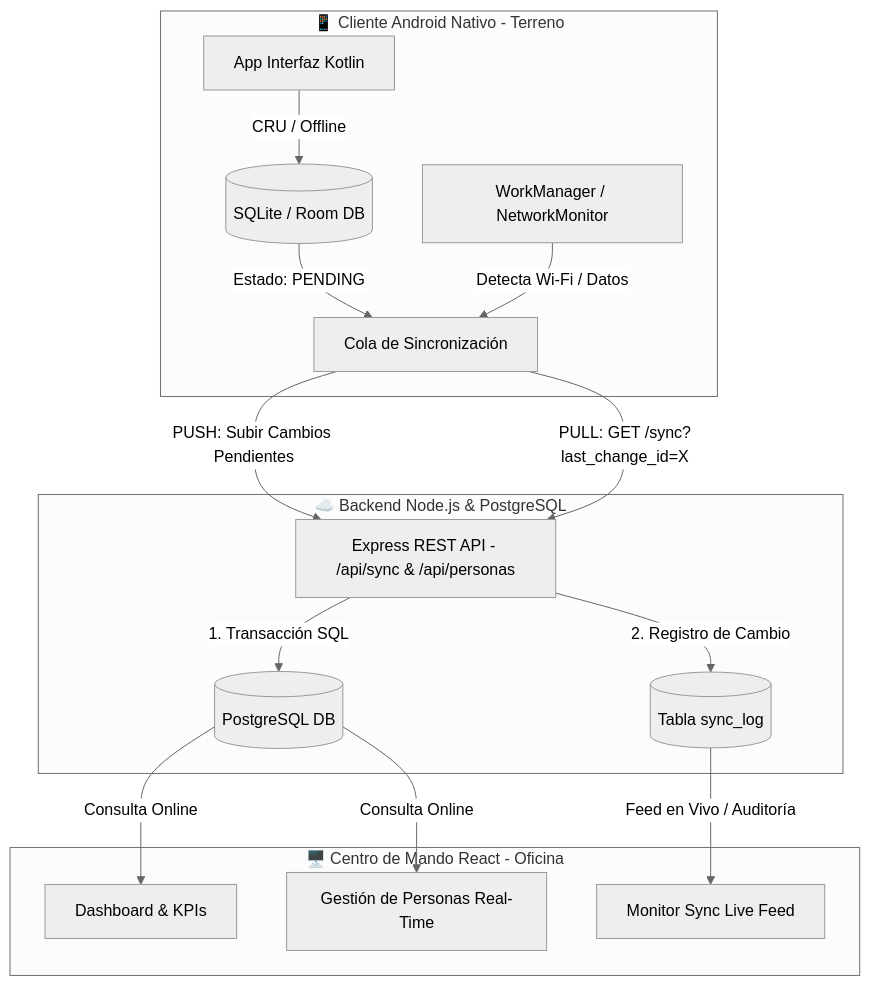
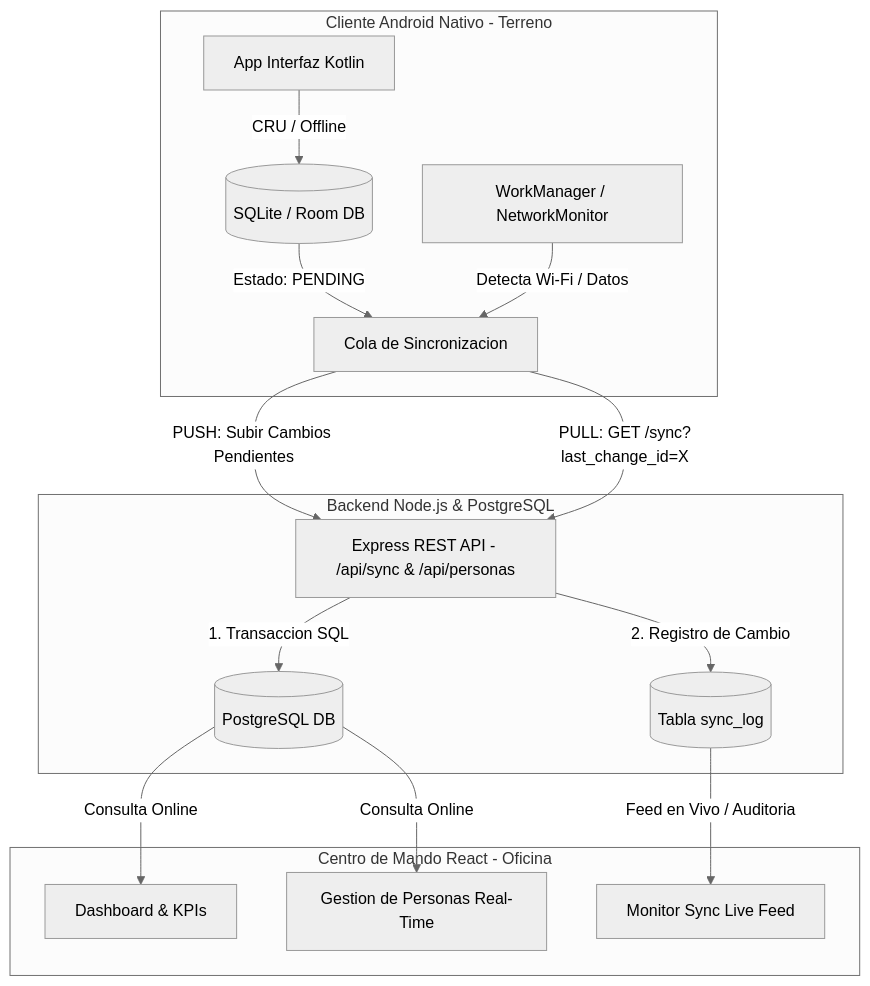
One commit to Aryannext/Sincronizaci-n-Web---app-Nativa changed the diagram in README.md. Above: the diagram before and after it, drawn with Mermaid (neutral theme). The commit also changed other lines of this file and 4 other files, not shown here.

````diff
--- a/README.md
+++ b/README.md
@@ -19,28 +19,28 @@
 ```mermaid
 graph TD
-    subgraph Móvil [📱 Cliente Android Nativo - Terreno]
+    subgraph Movil [Cliente Android Nativo - Terreno]
         UI[App Interfaz Kotlin] -->|CRU / Offline| ROOM[(SQLite / Room DB)]
-        ROOM -->|Estado: PENDING| COLA[Cola de Sincronización]
+        ROOM -->|Estado: PENDING| COLA[Cola de Sincronizacion]
         WORKER[WorkManager / NetworkMonitor]
     end
 
-    subgraph Servidor [☁️ Backend Node.js & PostgreSQL]
+    subgraph Servidor [Backend Node.js & PostgreSQL]
         API[Express REST API - /api/sync & /api/personas]
         PG[(PostgreSQL DB)]
         LOG[(Tabla sync_log)]
-        API -->|1. Transacción SQL| PG
+        API -->|1. Transaccion SQL| PG
         API -->|2. Registro de Cambio| LOG
     end
 
-    subgraph Web [🖥️ Centro de Mando React - Oficina]
+    subgraph Web [Centro de Mando React - Oficina]
         DASH[Dashboard & KPIs]
-        CRUD[Gestión de Personas Real-Time]
+        CRUD[Gestion de Personas Real-Time]
         FEED[Monitor Sync Live Feed]
     end
 
     WORKER -->|Detecta Wi-Fi / Datos| COLA
     COLA -->|PUSH: Subir Cambios Pendientes| API
     COLA -->|PULL: GET /sync?last_change_id=X| API
-    LOG -->|Feed en Vivo / Auditoría| FEED
+    LOG -->|Feed en Vivo / Auditoria| FEED
     PG -->|Consulta Online| DASH & CRUD
 ```
````
